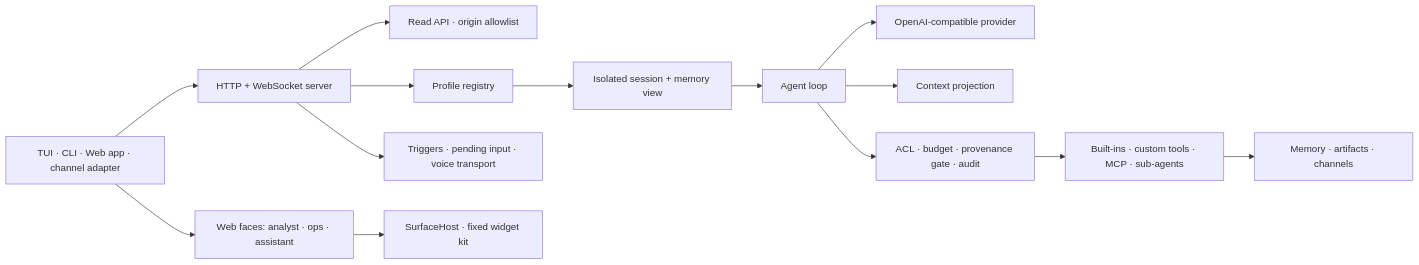
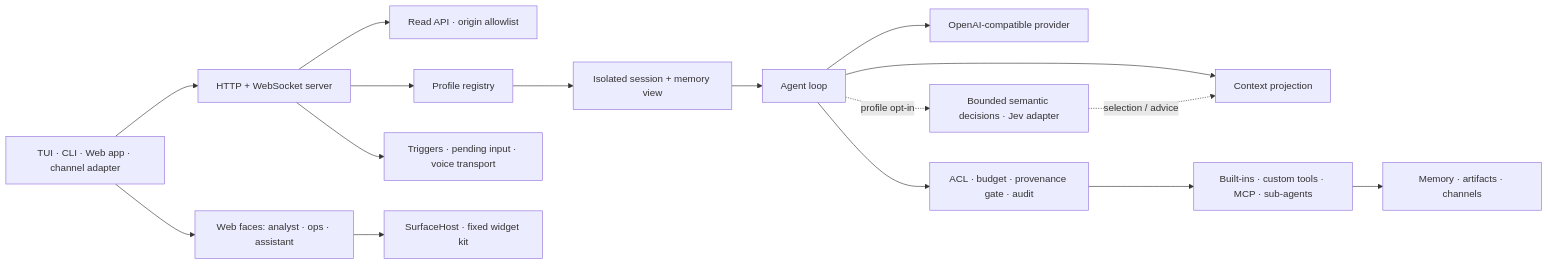
The diagram in docs-site/architecture.md (pankyada/base), drawn with Mermaid before and after one commit. The commit also changed other lines of this file and 53 other files, not shown here.

````diff
--- a/docs-site/architecture.md
+++ b/docs-site/architecture.md
@@ -23,16 +23,18 @@
 ```mermaid
 flowchart LR
   C["TUI · CLI · Web app · channel adapter"] --> T["HTTP + WebSocket server"]
   T --> Q["Read API · origin allowlist"]
   C --> W["Web faces: analyst · ops · assistant"]
   W --> H["SurfaceHost · fixed widget kit"]
   T --> R["Profile registry"]
   R --> S["Isolated session + memory view"]
   S --> L["Agent loop"]
   L --> P["OpenAI-compatible provider"]
   L --> X["Context projection"]
+  L -. "profile opt-in" .-> D["Bounded semantic decisions · Jev adapter"]
+  D -. "selection / advice" .-> X
   L --> G["ACL · budget · provenance gate · audit"]
   G --> E["Built-ins · custom tools · MCP · sub-agents"]
   E --> M["Memory · artifacts · channels"]
   T --> A["Triggers · pending input · voice transport"]
 ```
````
